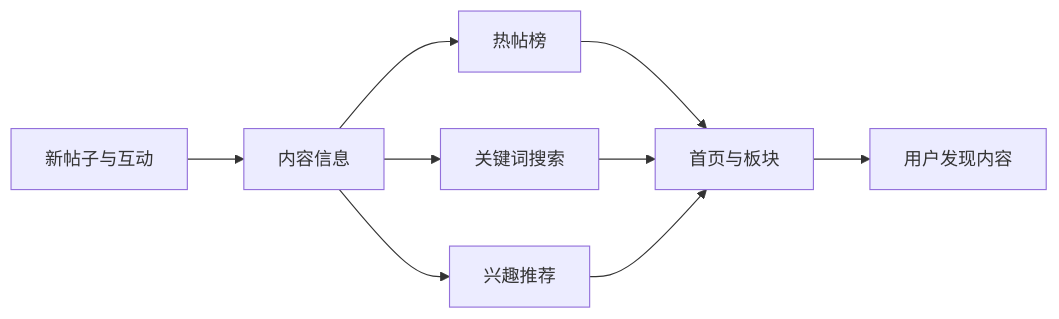
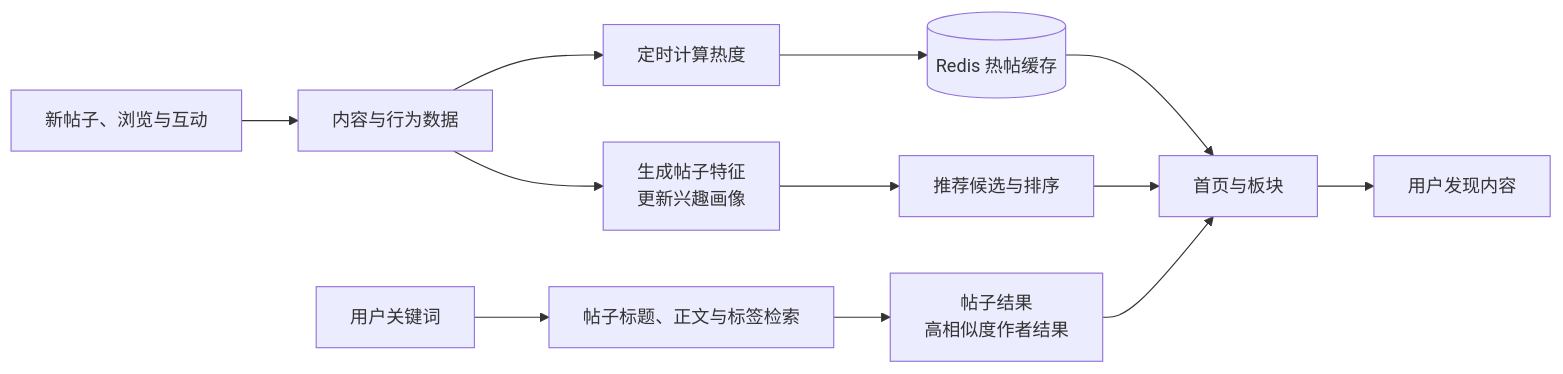
The fifth of 13 diagrams in README.md (pluchon/mengmeng_forum), drawn with Mermaid before and after one commit. The commit also changed other lines of this file, not shown here.

Commit message:
docs: 细化项目模块流程图

````diff
--- a/README.md
+++ b/README.md
@@ -102,11 +116,14 @@
 ```mermaid
 flowchart LR
-  A["新帖子与互动"] --> I["内容信息"]
-  I --> H["热帖榜"]
-  I --> S["关键词搜索"]
-  I --> R["兴趣推荐"]
-  H --> HOME["首页与板块"]
-  S --> HOME
-  R --> HOME
+  A["新帖子、浏览与互动"] --> I["内容与行为数据"]
+  I --> H["定时计算热度"]
+  H --> RC[("Redis 热帖缓存")]
+  RC --> HOME["首页与板块"]
+  Q["用户关键词"] --> S["帖子标题、正文与标签检索"]
+  S --> MATCH["帖子结果<br/>高相似度作者结果"]
+  MATCH --> HOME
+  I --> F["生成帖子特征<br/>更新兴趣画像"]
+  F --> REC["推荐候选与排序"]
+  REC --> HOME
   HOME --> U["用户发现内容"]
 ```
````
